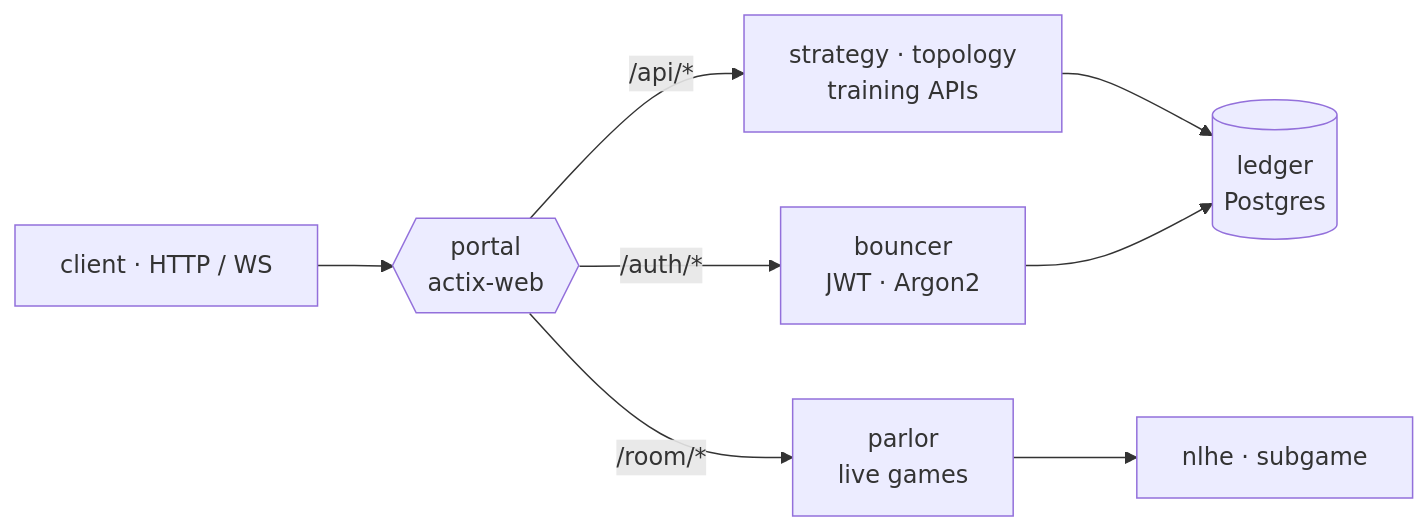
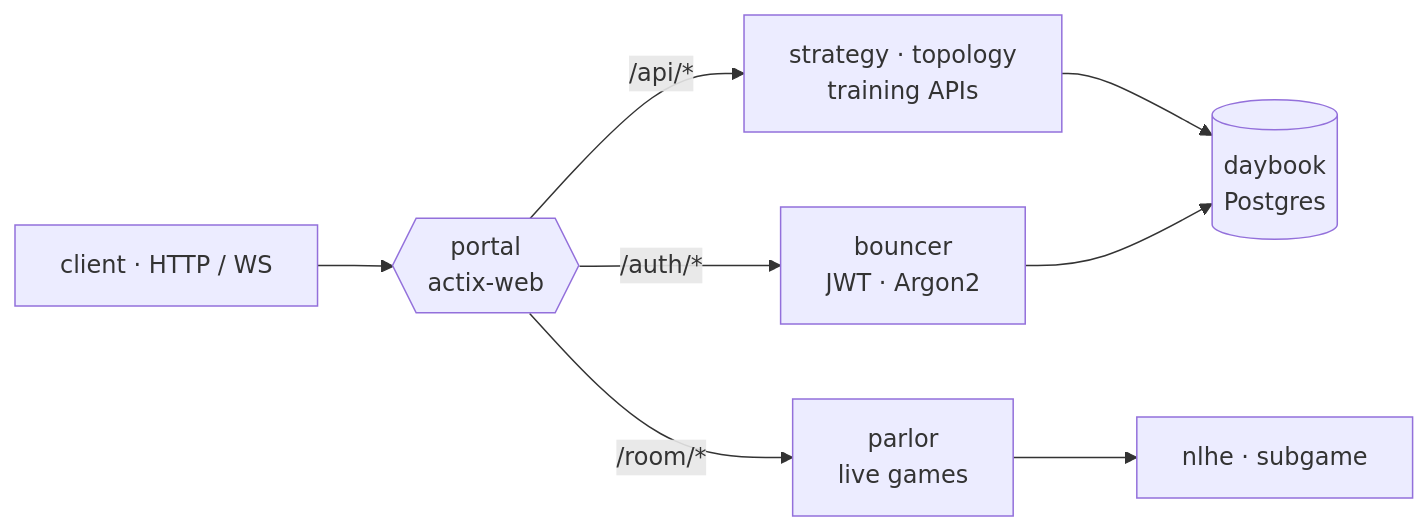
Before and after one commit to krukah/robopoker: the diagram in crates/portal/README.md, drawn with Mermaid. The commit also changed 64 other files, not shown here.

First line of the commit message:
refactor: rename ledger crate -> daybook

````diff
--- a/crates/portal/README.md
+++ b/crates/portal/README.md
@@ -5,10 +5,10 @@
 ```mermaid
 flowchart LR
   C["client · HTTP / WS"] --> P{{"portal<br/>actix-web"}}
   P -->|/auth/*| B["bouncer<br/>JWT · Argon2"]
   P -->|/room/*| R["parlor<br/>live games"]
   P -->|/api/*| A["strategy · topology<br/>training APIs"]
   R --> N["nlhe · subgame"]
-  A --> L[("ledger<br/>Postgres")]
+  A --> L[("daybook<br/>Postgres")]
   B --> L
 ```
````
